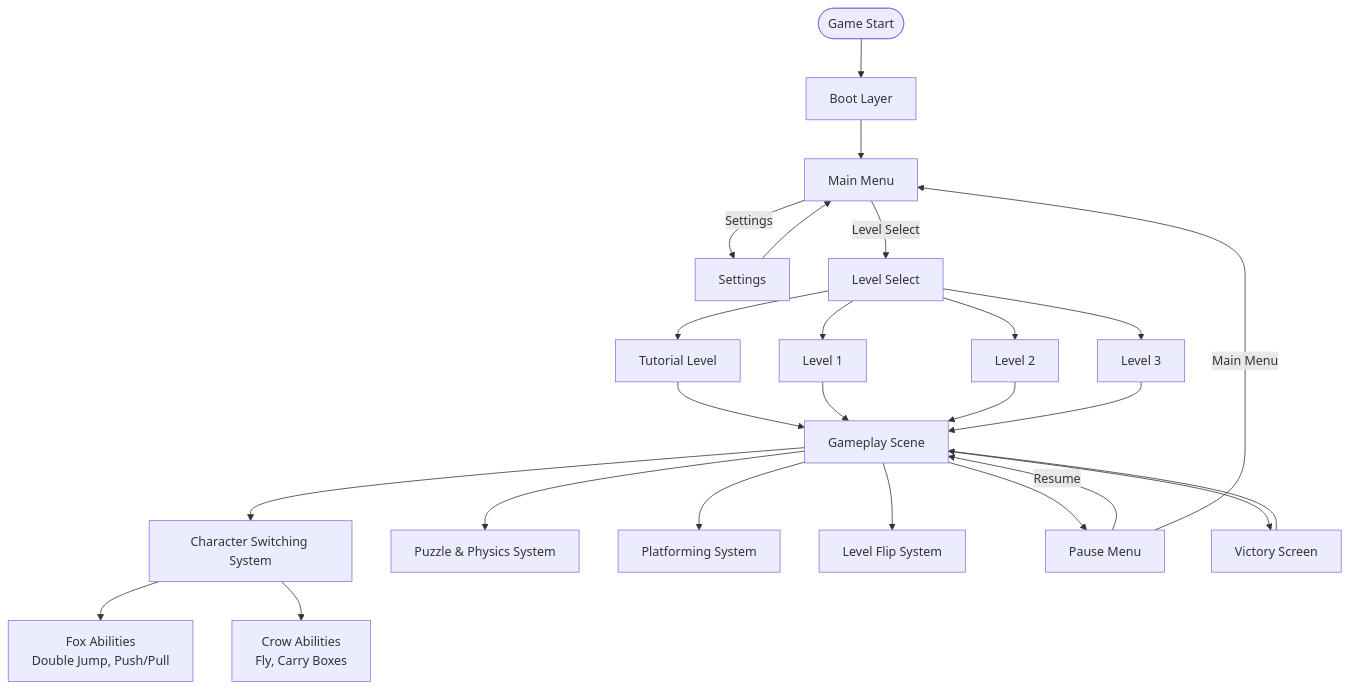
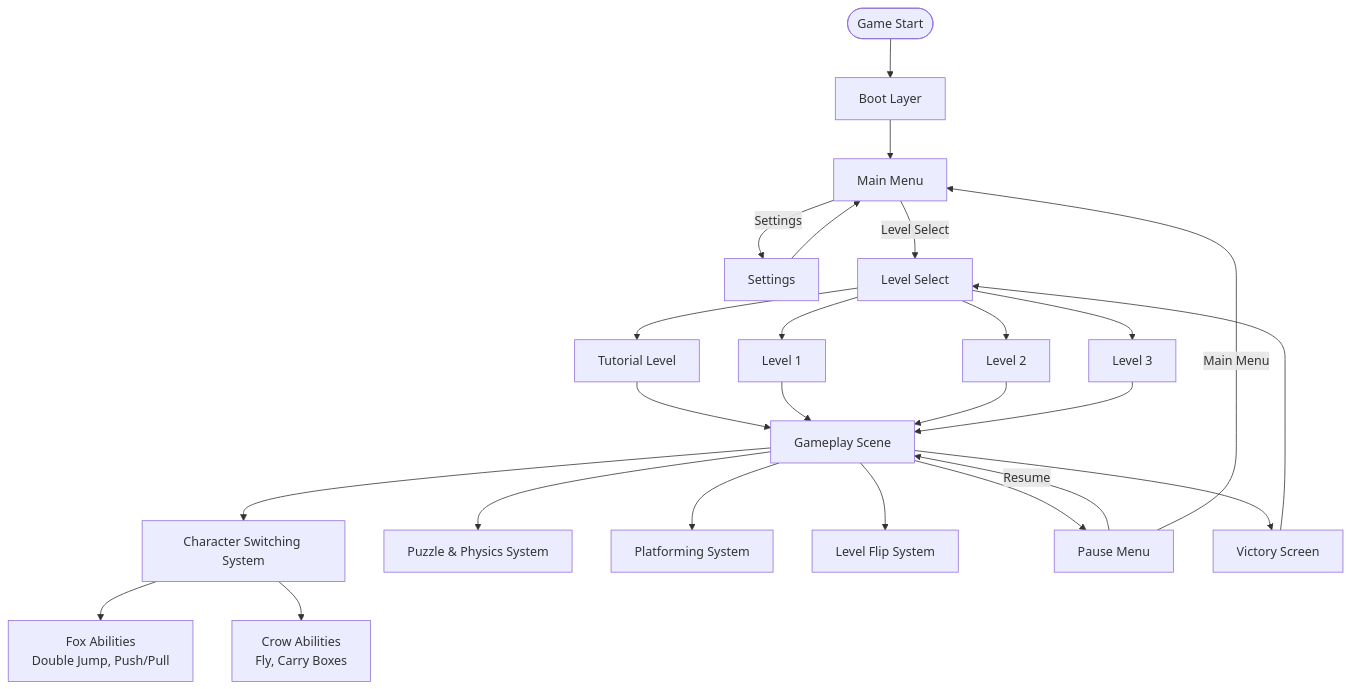
The second of 4 diagrams in README.md (Justsomeguy241/Out-of-the-box), drawn with Mermaid before and after one commit.

````diff
--- a/README.md
+++ b/README.md
@@ -48,65 +48,65 @@
 ```mermaid
 graph TD
     %% Initialization & Menus
     Start([Game Start])
     Boot[Boot Layer]
     MM[Main Menu]
     Settings[Settings]
     LevelSelect[Level Select]
 
     %% Gameplay Core
     GP[Gameplay Scene]
     Switch[Character Switching System]
     Puzzle[Puzzle & Physics System]
     Platforming[Platforming System]
     Flip[Level Flip System]
 
     %% Characters
     Fox[Fox Abilities<br/>Double Jump, Push/Pull]
     Crow[Crow Abilities<br/>Fly, Carry Boxes]
 
     %% UI & States
     Pause[Pause Menu]
     Victory[Victory Screen]
 
     %% Level Progression
     Tutorial[Tutorial Level]
     Level1[Level 1]
     Level2[Level 2]
     Level3[Level 3]
 
     %% Flows
     Start --> Boot --> MM
     MM -->|Settings| Settings
     MM -->|Level Select| LevelSelect
     Settings --> MM
 
     %% Level Select leads to any level
     LevelSelect --> Tutorial
     LevelSelect --> Level1
     LevelSelect --> Level2
     LevelSelect --> Level3
 
     %% Levels connect to Gameplay
     Tutorial --> GP
     Level1 --> GP
     Level2 --> GP
     Level3 --> GP
     GP --> Victory
-    Victory --> GP
+    Victory --> LevelSelect
 
     %% Gameplay Systems
     GP --> Switch
     Switch --> Fox
     Switch --> Crow
     GP --> Puzzle
     GP --> Platforming
     GP --> Flip
 
     %% Pause Menu
     GP --> Pause
     Pause -->|Resume| GP
     Pause -->|Main Menu| MM
 
 
 ```
````
